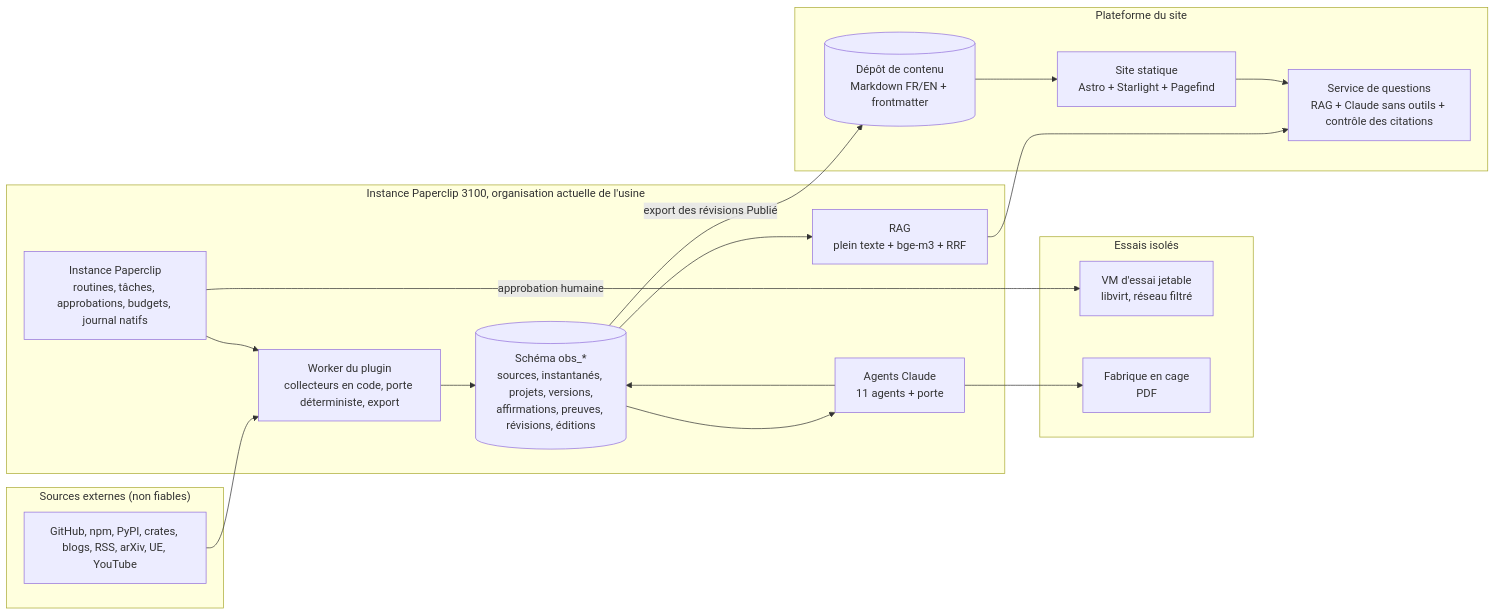
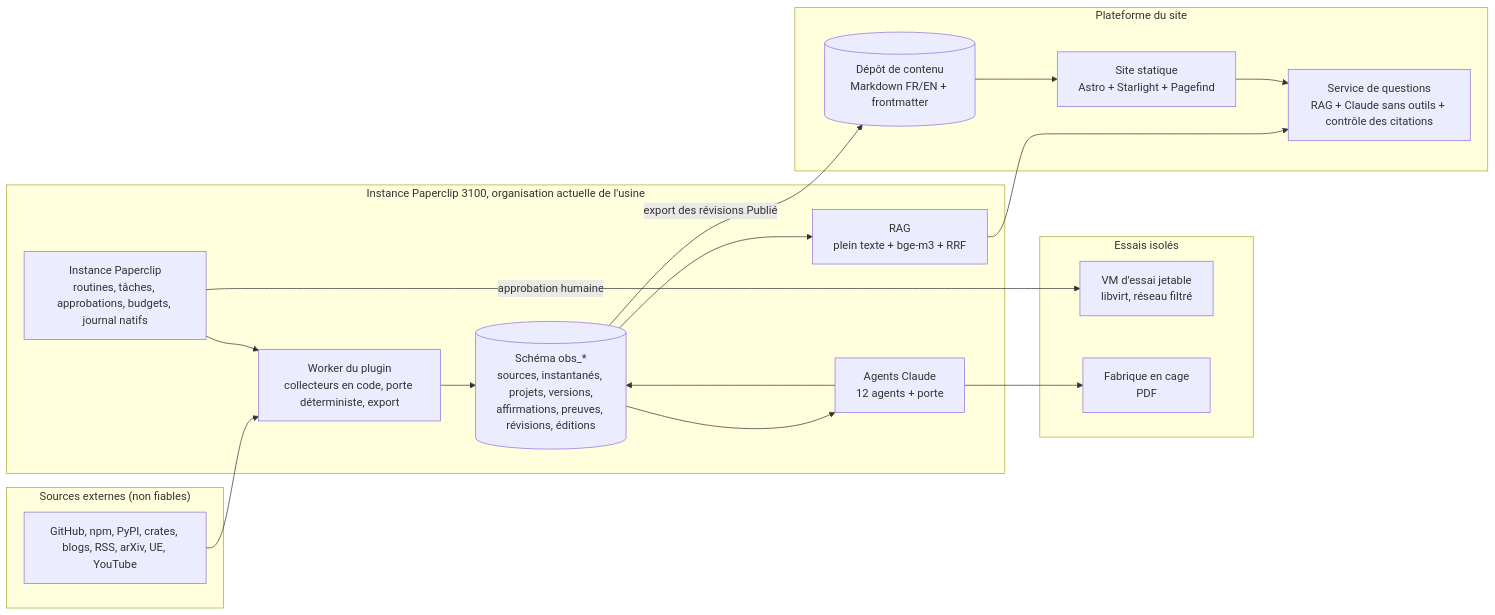
One commit to warrox1993/atelier-marketing-ia changed the second of 5 diagrams in docs/observatoire/architecture.md. Above: the diagram before and after it, drawn with Mermaid. The commit also changed 43 other files, not shown here.

````diff
--- a/docs/observatoire/architecture.md
+++ b/docs/observatoire/architecture.md
@@ -32,34 +32,34 @@
 ```mermaid
 flowchart LR
   subgraph Sources["Sources externes (non fiables)"]
     EXT["GitHub, npm, PyPI, crates, blogs, RSS, arXiv, UE, YouTube"]
   end
   subgraph Instance["Instance Paperclip 3100, organisation actuelle de l'usine"]
     PAP["Instance Paperclip<br/>routines, tâches, approbations, budgets, journal natifs"]
     WRK["Worker du plugin<br/>collecteurs en code, porte déterministe, export"]
     DB[("Schéma obs_*<br/>sources, instantanés, projets, versions,<br/>affirmations, preuves, révisions, éditions")]
     RAG["RAG<br/>plein texte + bge-m3 + RRF"]
-    AG["Agents Claude<br/>11 agents + porte"]
+    AG["Agents Claude<br/>12 agents + porte"]
   end
   subgraph Isolement["Essais isolés"]
     VM["VM d'essai jetable<br/>libvirt, réseau filtré"]
     FAB["Fabrique en cage<br/>PDF"]
   end
   subgraph Site["Plateforme du site"]
     GIT[("Dépôt de contenu<br/>Markdown FR/EN + frontmatter")]
     AST["Site statique<br/>Astro + Starlight + Pagefind"]
     QA["Service de questions<br/>RAG + Claude sans outils + contrôle des citations"]
   end
   EXT --> WRK
   PAP --> WRK
   WRK --> DB
   DB --> AG
   AG --> DB
   PAP -- "approbation humaine" --> VM
   AG --> FAB
   DB -- "export des révisions Publié" --> GIT
   GIT --> AST
   DB --> RAG
   RAG --> QA
   AST --> QA
 ```
````
